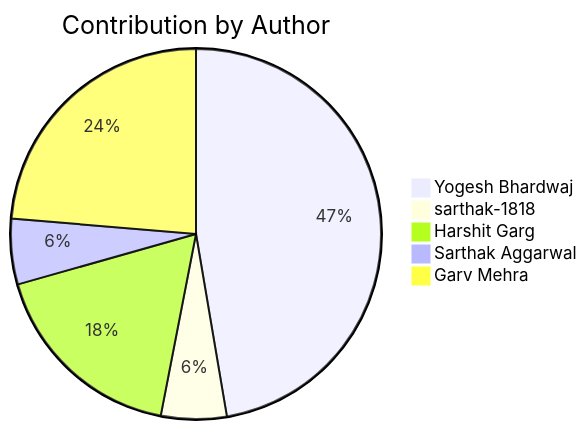
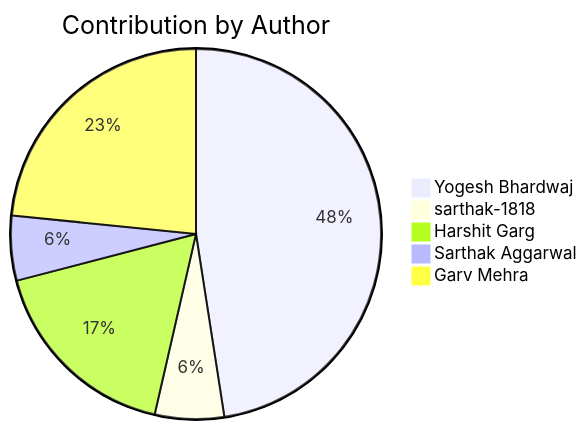
The second of 2 diagrams in README.md (Yogesh-Bhardwaj-hue/Scm-Final_2.0), drawn with Mermaid before and after one commit. The commit also changed other lines of this file, not shown here.

Commit message:
6ZjkUVr2841G

````diff
--- a/README.md
+++ b/README.md
@@ -190,8 +190,8 @@
 ```mermaid
 pie title Contribution by Author
-    "Yogesh Bhardwaj": 124
-    "sarthak-1818": 15
+    "Yogesh Bhardwaj": 126
+    "sarthak-1818": 16
     "Harshit Garg": 46
     "Sarthak Aggarwal": 15
     "Garv Mehra": 62
 ```
````
